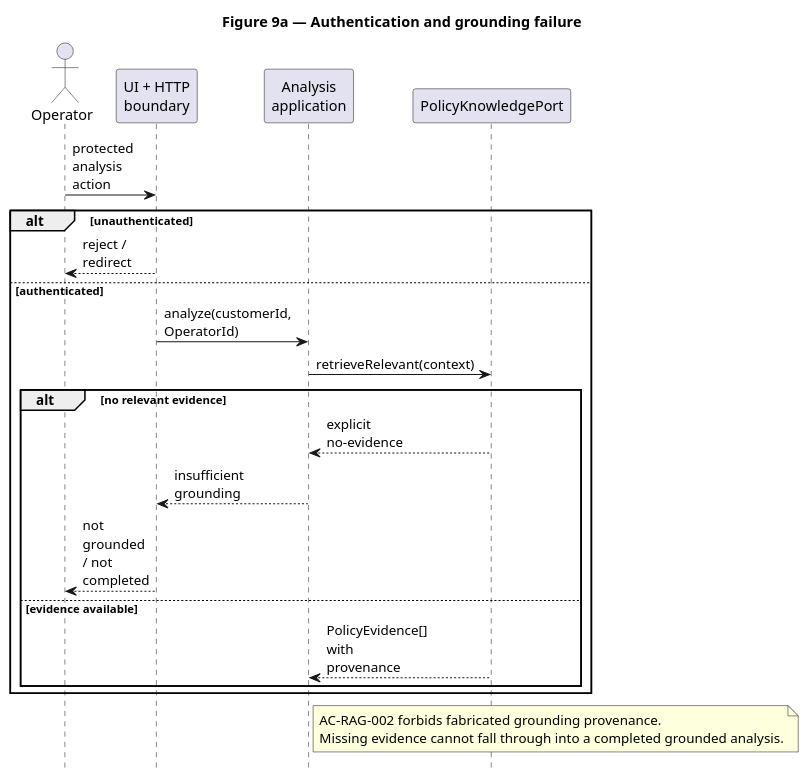
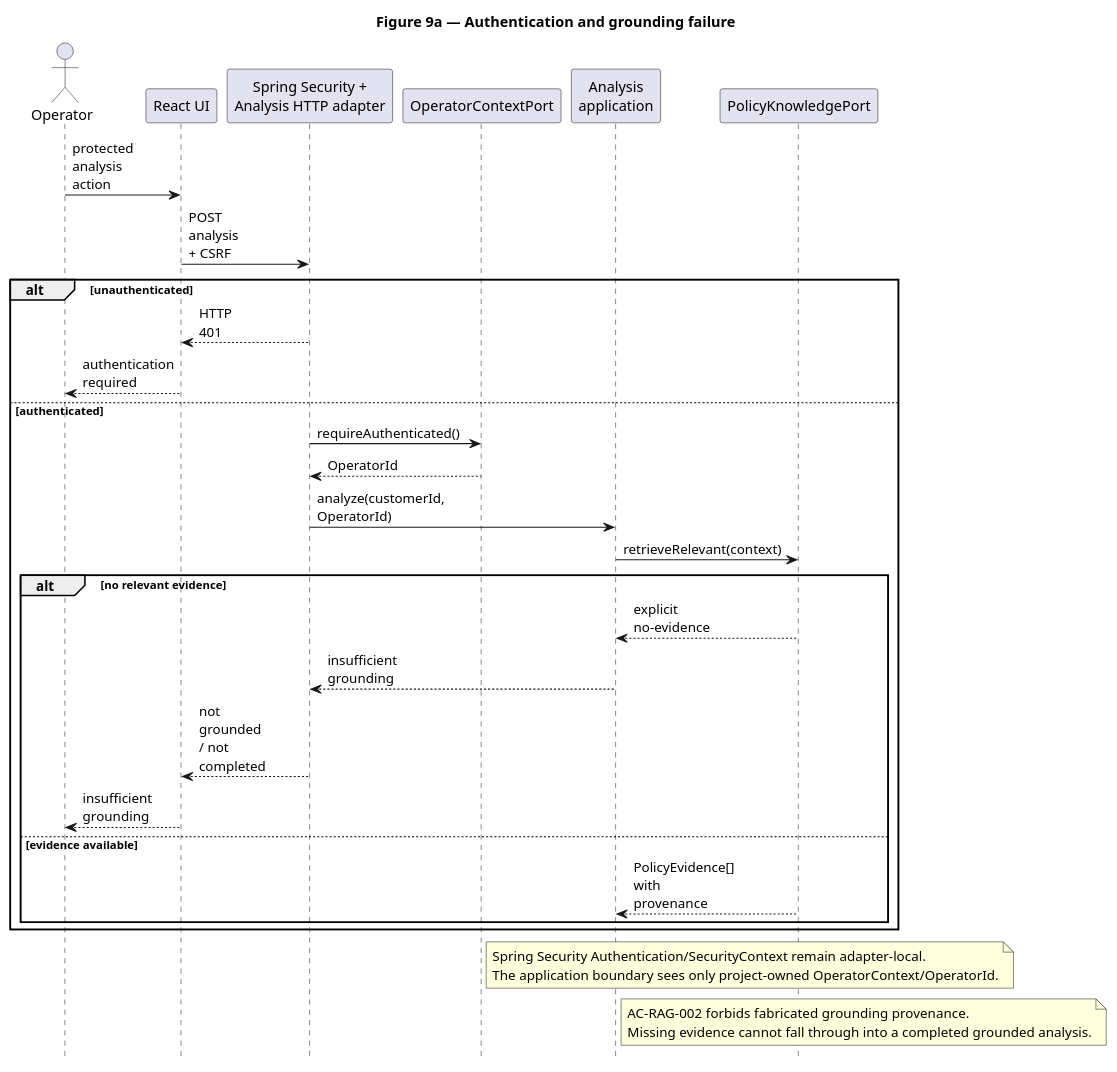
One commit to jdoe-dev-159753/specgraph-reference-app changed the diagram in docs/assignment/SDD/diagrams/sequence-failure-grounding.puml. Above: the diagram before and after it, drawn with PlantUML. The commit also changed 23 other files, not shown here.

Commit message:
feat: activate R4 multi-operator session security

```diff
--- a/docs/assignment/SDD/diagrams/sequence-failure-grounding.puml
+++ b/docs/assignment/SDD/diagrams/sequence-failure-grounding.puml
@@ -1,30 +1,42 @@
 @startuml
 title Figure 9a — Authentication and grounding failure
 hide footbox
 skinparam maxMessageSize 48
 
 actor Operator
-participant "UI + HTTP\nboundary" as Boundary
+participant "React UI" as UI
+participant "Spring Security +\nAnalysis HTTP adapter" as Boundary
+participant "OperatorContextPort" as OperatorContext
 participant "Analysis\napplication" as Analysis
 participant "PolicyKnowledgePort" as Policy
 
-Operator -> Boundary : protected analysis action
+Operator -> UI : protected analysis action
+UI -> Boundary : POST analysis + CSRF
 alt unauthenticated
-  Boundary --> Operator : reject / redirect
+  Boundary --> UI : HTTP 401
+  UI --> Operator : authentication required
 else authenticated
+  Boundary -> OperatorContext : requireAuthenticated()
+  OperatorContext --> Boundary : OperatorId
   Boundary -> Analysis : analyze(customerId, OperatorId)
   Analysis -> Policy : retrieveRelevant(context)
   alt no relevant evidence
     Policy --> Analysis : explicit no-evidence
     Analysis --> Boundary : insufficient grounding
-    Boundary --> Operator : not grounded / not completed
+    Boundary --> UI : not grounded / not completed
+    UI --> Operator : insufficient grounding
   else evidence available
     Policy --> Analysis : PolicyEvidence[] with provenance
   end
 end
+
+note right of OperatorContext
+  Spring Security Authentication/SecurityContext remain adapter-local.
+  The application boundary sees only project-owned OperatorContext/OperatorId.
+end note
 
 note right of Analysis
   AC-RAG-002 forbids fabricated grounding provenance.
   Missing evidence cannot fall through into a completed grounded analysis.
 end note
 @enduml
```
